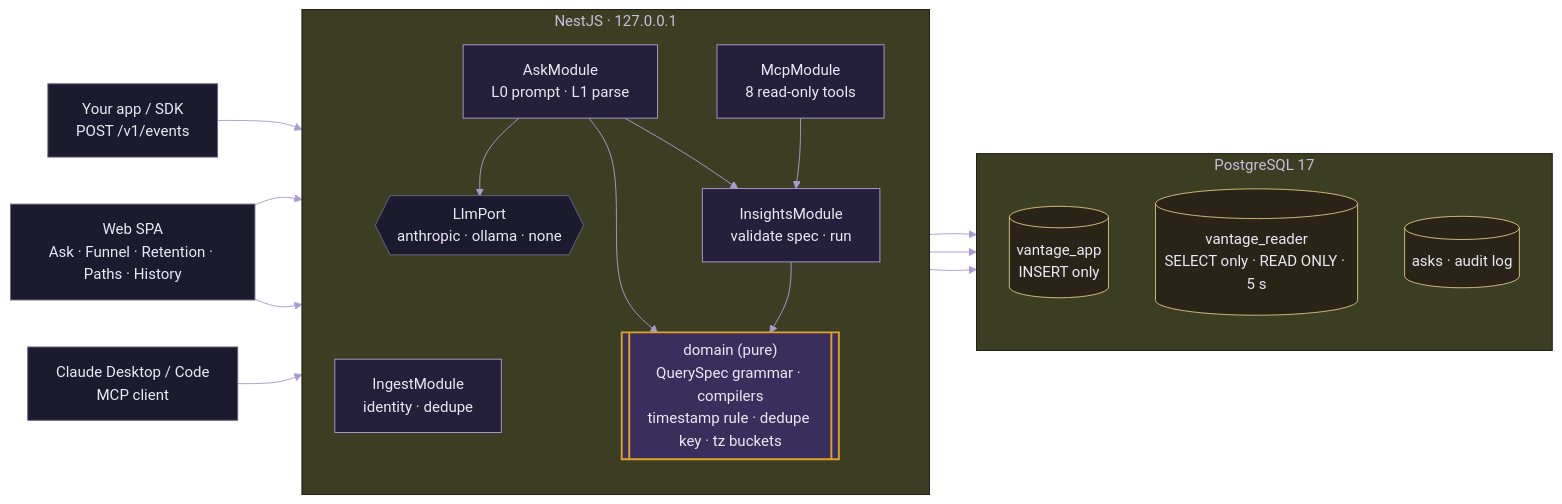
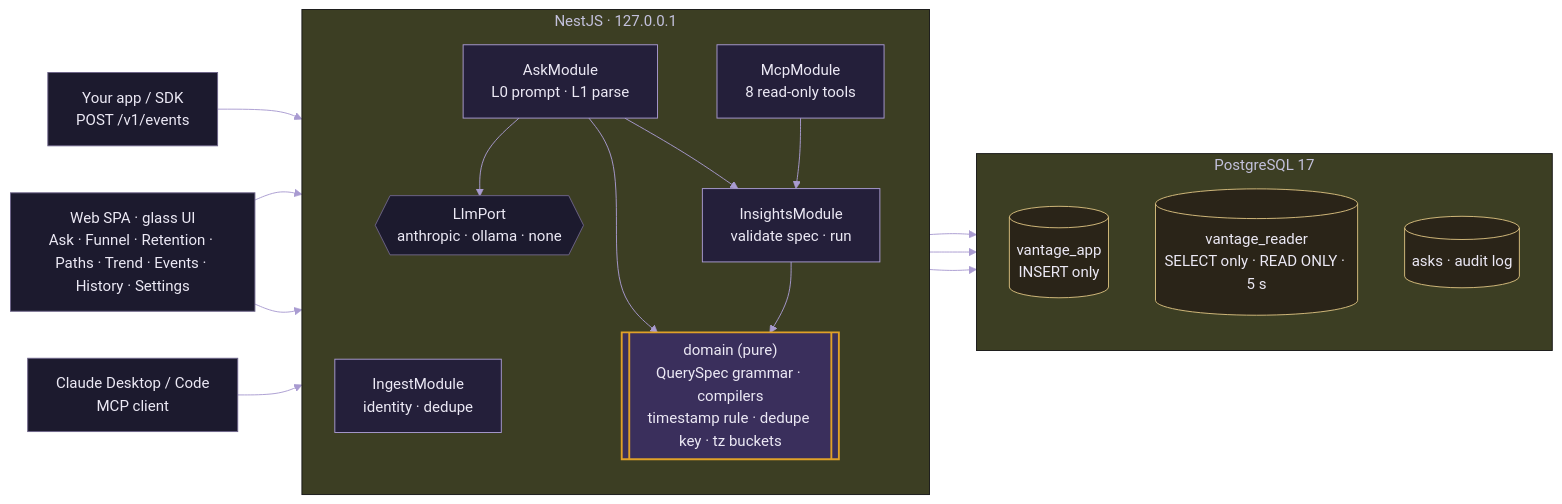
One commit to abheet19/Vantage changed the second of 2 diagrams in README.md. Above: the diagram before and after it, drawn with Mermaid. The commit also changed other lines of this file and 4 other files, not shown here.

````diff
--- a/README.md
+++ b/README.md
@@ -189,34 +218,34 @@
 ```mermaid
 %%{init: {'theme':'base','themeVariables':{'primaryColor':'#1c1a2e','primaryTextColor':'#ece9f5','primaryBorderColor':'#e0a128','lineColor':'#a99bd1','fontFamily':'Inter, system-ui, sans-serif'}}}%%
 flowchart LR
   SDK[Your app / SDK<br/>POST /v1/events]:::io
-  WEB[Web SPA<br/>Ask · Funnel · Retention · Paths · History]:::io
+  WEB[Web SPA · glass UI<br/>Ask · Funnel · Retention · Paths · Trend · Events · History · Settings]:::io
   MCP[Claude Desktop / Code<br/>MCP client]:::io
   subgraph api[NestJS · 127.0.0.1]
     direction TB
     ING[IngestModule<br/>identity · dedupe]:::mod
     ASK[AskModule<br/>L0 prompt · L1 parse]:::mod
     INS[InsightsModule<br/>validate spec · run]:::mod
     MCPM[McpModule<br/>8 read-only tools]:::mod
     DOM[["domain (pure)<br/>QuerySpec grammar · compilers<br/>timestamp rule · dedupe key · tz buckets"]]:::pure
     LLM{{LlmPort<br/>anthropic · ollama · none}}:::io
   end
   subgraph pg[PostgreSQL 17]
     direction TB
     RW[(vantage_app<br/>INSERT only)]:::store
     RO[(vantage_reader<br/>SELECT only · READ ONLY · 5 s)]:::store
     AUD[(asks · audit log)]:::store
   end
   SDK --> ING --> RW
   WEB --> ASK --> LLM
   ASK --> DOM
   ASK --> INS
   WEB --> INS
   MCP --> MCPM --> INS
   INS --> DOM --> RO
   ASK --> AUD
   classDef pure fill:#3a2f5c,stroke:#e0a128,color:#ece9f5,stroke-width:2px
   classDef mod fill:#241f3a,stroke:#a99bd1,color:#ece9f5
   classDef io fill:#1c1a2e,stroke:#6d6489,color:#ece9f5
   classDef store fill:#2a2418,stroke:#d8be7e,color:#ece9f5
 ```
````
